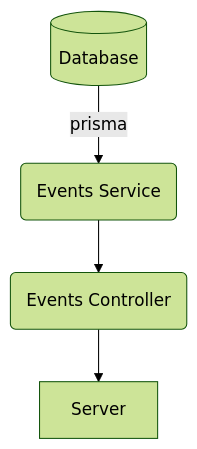
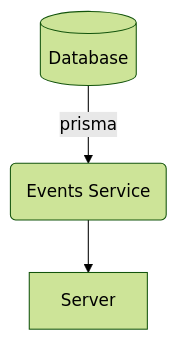
The third of 4 diagrams in README.md (EslebanPerez/HackTheOcean), drawn with Mermaid (forest theme) before and after one commit. The commit also changed other lines of this file, not shown here.

````diff
--- a/README.md
+++ b/README.md
@@ -80,6 +80,5 @@
 ```mermaid
 graph TD;
 A[(Database)] -->|prisma| B(Events Service)
-B --> C(Events Controller)
-C --> D[Server]
+B --> C[Server]
 ```
````
